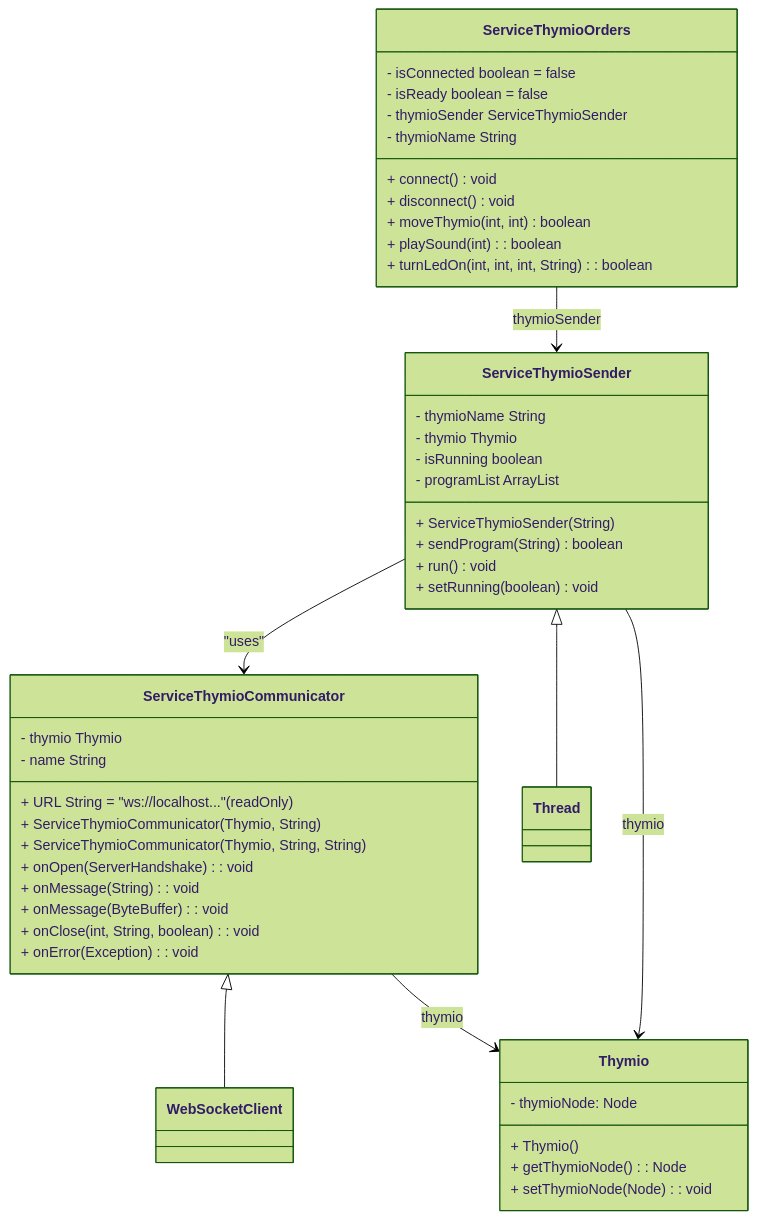
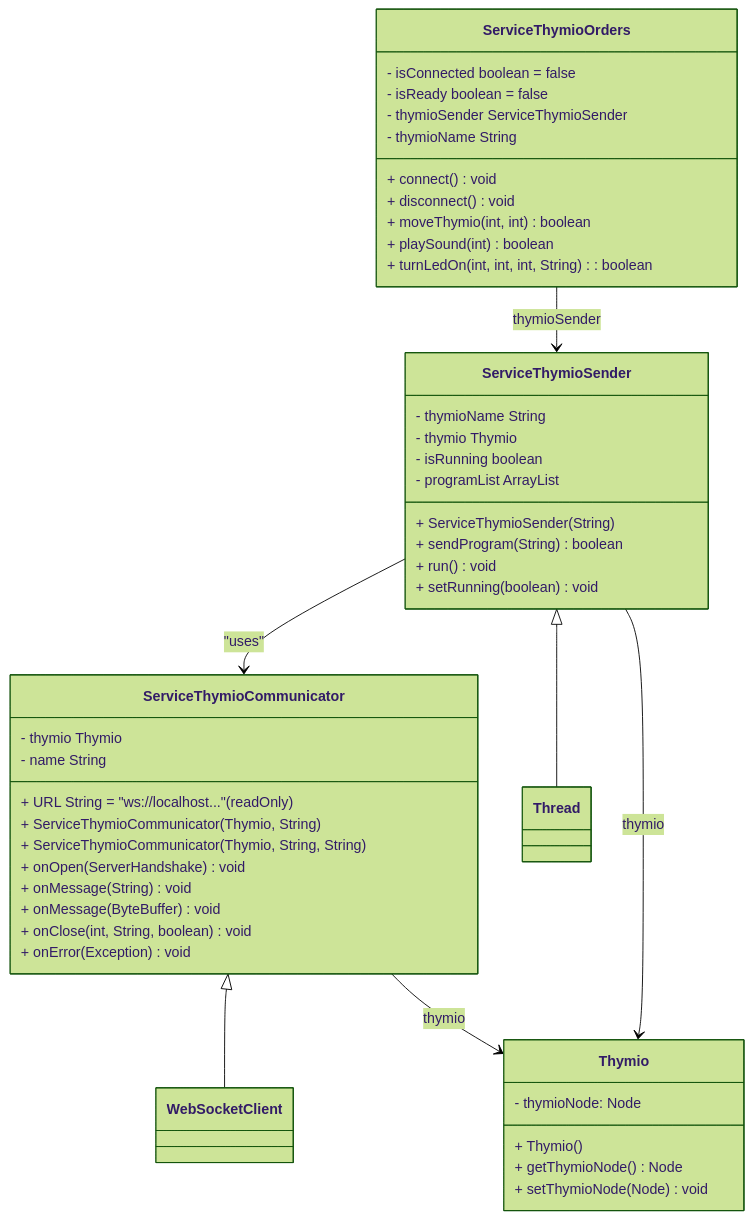
The diagram in README.md (emf-info/EMFThymioJava), drawn with Mermaid (forest theme) before and after one commit.

````diff
--- a/README.md
+++ b/README.md
@@ -39,58 +39,58 @@
 ```mermaid
 classDiagram
     class ServiceThymioOrders {
         - isConnected boolean = false
         - isReady boolean = false
         - thymioSender ServiceThymioSender
         - thymioName String
         + connect() void
         + disconnect() void
         + moveThymio(int, int) boolean
-        + playSound(int): boolean
+        + playSound(int) boolean
         + turnLedOn(int, int, int, String): boolean
     }
 
     class ServiceThymioSender {
         - thymioName String
         - thymio Thymio
         - isRunning boolean
         - programList ArrayList<String>
         + ServiceThymioSender(String)
         + sendProgram(String) boolean
         + run() void
         + setRunning(boolean) void
     }
 
     class ServiceThymioCommunicator {
         + URL String = "ws://localhost..." (readOnly)
         - thymio Thymio
         - name String
         + ServiceThymioCommunicator(Thymio, String)
         + ServiceThymioCommunicator(Thymio, String, String)
-        + onOpen(ServerHandshake): void
-        + onMessage(String): void
-        + onMessage(ByteBuffer): void
-        + onClose(int, String, boolean): void
-        + onError(Exception): void
+        + onOpen(ServerHandshake) void
+        + onMessage(String) void
+        + onMessage(ByteBuffer) void
+        + onClose(int, String, boolean) void
+        + onError(Exception) void
     }
 
     class WebSocketClient {
     }
 
     class Thread {
     }
 
     class Thymio {
         - thymioNode: Node
         + Thymio()
-        + getThymioNode(): Node
-        + setThymioNode(Node): void
+        + getThymioNode() Node
+        + setThymioNode(Node) void
     }
 
     ServiceThymioOrders --> ServiceThymioSender : thymioSender
     ServiceThymioSender <|-- Thread
     ServiceThymioCommunicator <|-- WebSocketClient
     ServiceThymioSender --> ServiceThymioCommunicator : "uses"
     ServiceThymioCommunicator --> Thymio : thymio
     ServiceThymioSender --> Thymio : thymio
 ```
````
